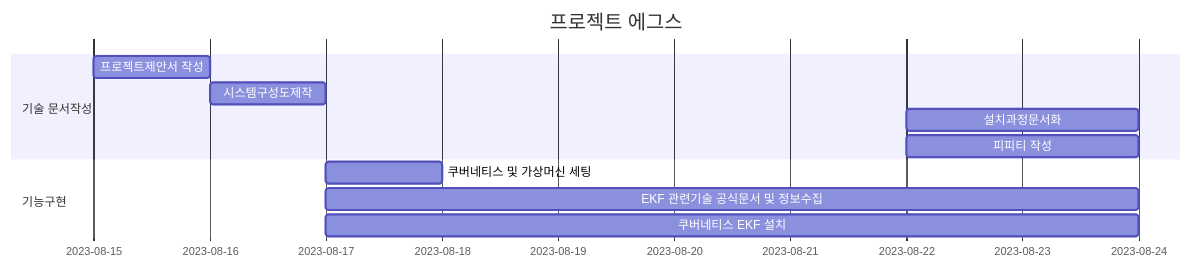
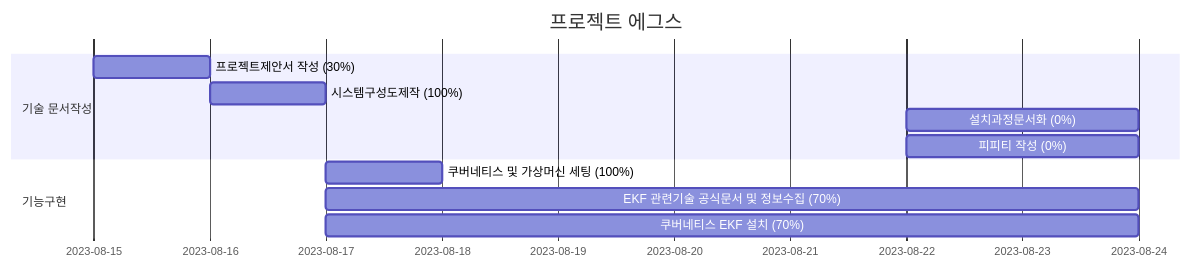
One commit to minjunkim5876/project_eggs changed the diagram in README.md. Above: the diagram before and after it, drawn with Mermaid.

Commit message:
간트차트 제작

````diff
--- a/README.md
+++ b/README.md
@@ -4,15 +4,15 @@
 ```mermaid
 gantt
     title 프로젝트 에그스
     dateFormat  YYYY-MM-DD
     section 기술 문서작성
-    프로젝트제안서 작성  : a1, 2023-8-15, 1d
-    시스템구성도제작  : 2023-8-16, 1d
-    설치과정문서화 : 2023-8-22, 2d
-    피피티 작성 : 2023-8-22, 2d
+    프로젝트제안서 작성 (30%) : a1, 2023-8-15, 1d
+    시스템구성도제작 (100%) : 2023-8-16, 1d
+    설치과정문서화 (0%) : 2023-8-22, 2d
+    피피티 작성 (0%) : 2023-8-22, 2d
 
     section 기능구현
-    쿠버네티스 및 가상머신 세팅 : 2023-8-17,  1d
-    EKF 관련기술 공식문서 및 정보수집     : 2023-8-17  , 7d
-    쿠버네티스 EKF 설치 : 2023-8-17  , 7d
+    쿠버네티스 및 가상머신 세팅 (100%) : 2023-8-17,  1d
+    EKF 관련기술 공식문서 및 정보수집 (70%) : 2023-8-17  , 7d
+    쿠버네티스 EKF 설치 (70%) : 2023-8-17  , 7d
 ```
````
